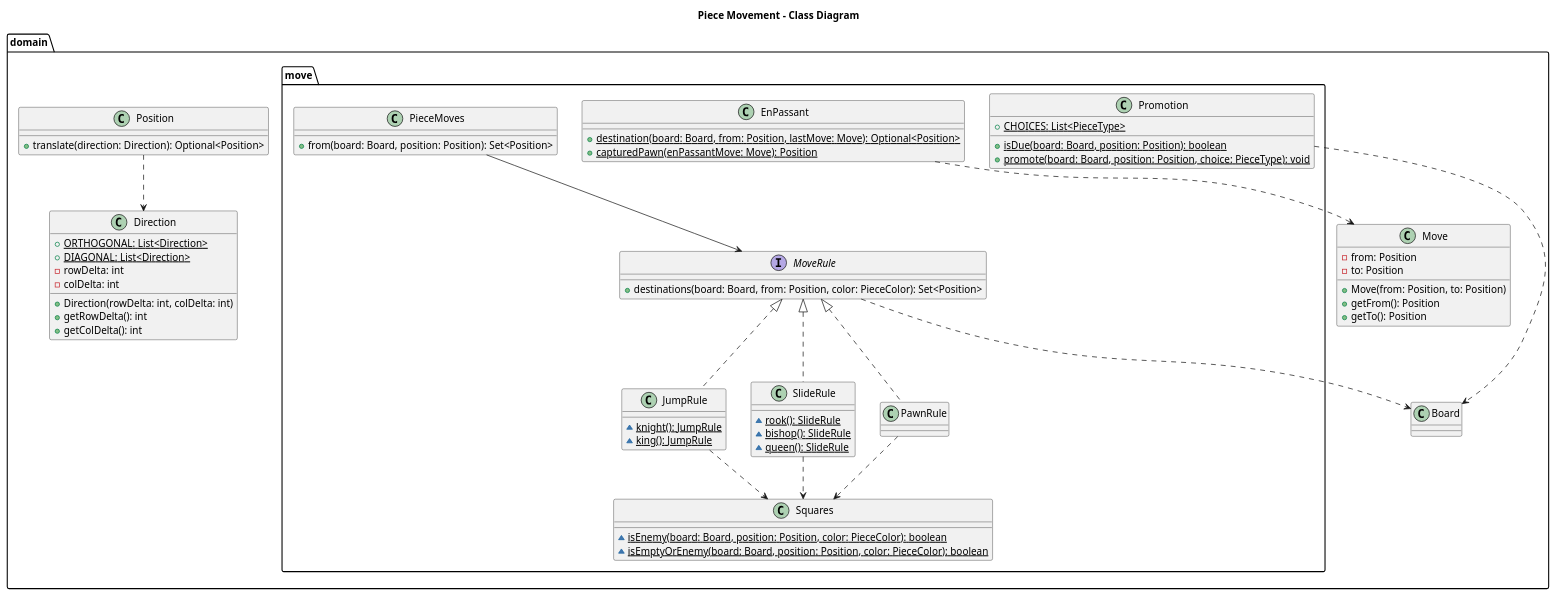
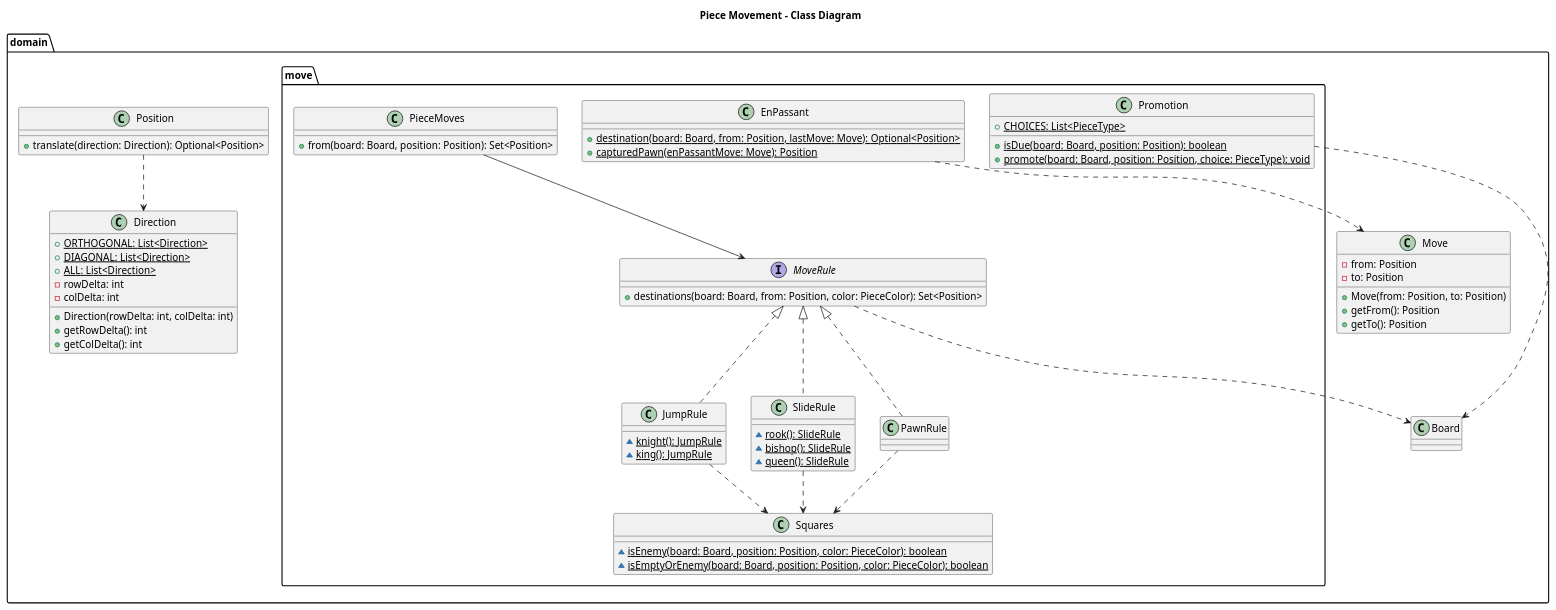
Before and after one commit to nu-cs-sqe/cs380-software-quality-engineering-20262701-course-project-group-17: the diagram in docs/design/piece-movement.puml, drawn with PlantUML. The commit also changed 4 other files, not shown here.

```diff
--- a/docs/design/piece-movement.puml
+++ b/docs/design/piece-movement.puml
@@ -1,80 +1,81 @@
 @startuml
 title Piece Movement - Class Diagram
 
 package domain {
     class Position {
         + translate(direction: Direction): Optional<Position>
     }
 
     class Direction {
         + {static} ORTHOGONAL: List<Direction>
         + {static} DIAGONAL: List<Direction>
+        + {static} ALL: List<Direction>
         - rowDelta: int
         - colDelta: int
         + Direction(rowDelta: int, colDelta: int)
         + getRowDelta(): int
         + getColDelta(): int
     }
 
     class Move {
         - from: Position
         - to: Position
         + Move(from: Position, to: Position)
         + getFrom(): Position
         + getTo(): Position
     }
 
     class Board
 }
 
 package domain.move {
     interface MoveRule {
         + destinations(board: Board, from: Position, color: PieceColor): Set<Position>
     }
 
     class Squares {
         ~ {static} isEnemy(board: Board, position: Position, color: PieceColor): boolean
         ~ {static} isEmptyOrEnemy(board: Board, position: Position, color: PieceColor): boolean
     }
 
     class JumpRule {
         ~ {static} knight(): JumpRule
         ~ {static} king(): JumpRule
     }
 
     class SlideRule {
         ~ {static} rook(): SlideRule
         ~ {static} bishop(): SlideRule
         ~ {static} queen(): SlideRule
     }
 
     class PawnRule
 
     class PieceMoves {
         + from(board: Board, position: Position): Set<Position>
     }
 
     class EnPassant {
         + {static} destination(board: Board, from: Position, lastMove: Move): Optional<Position>
         + {static} capturedPawn(enPassantMove: Move): Position
     }
 
     class Promotion {
         + {static} CHOICES: List<PieceType>
         + {static} isDue(board: Board, position: Position): boolean
         + {static} promote(board: Board, position: Position, choice: PieceType): void
     }
 }
 
 MoveRule <|.. JumpRule
 MoveRule <|.. SlideRule
 MoveRule <|.. PawnRule
 PieceMoves --> MoveRule
 JumpRule ..> Squares
 SlideRule ..> Squares
 PawnRule ..> Squares
 MoveRule ..> Board
 Position ..> Direction
 EnPassant ..> Move
 Promotion ..> Board
 @enduml
```
